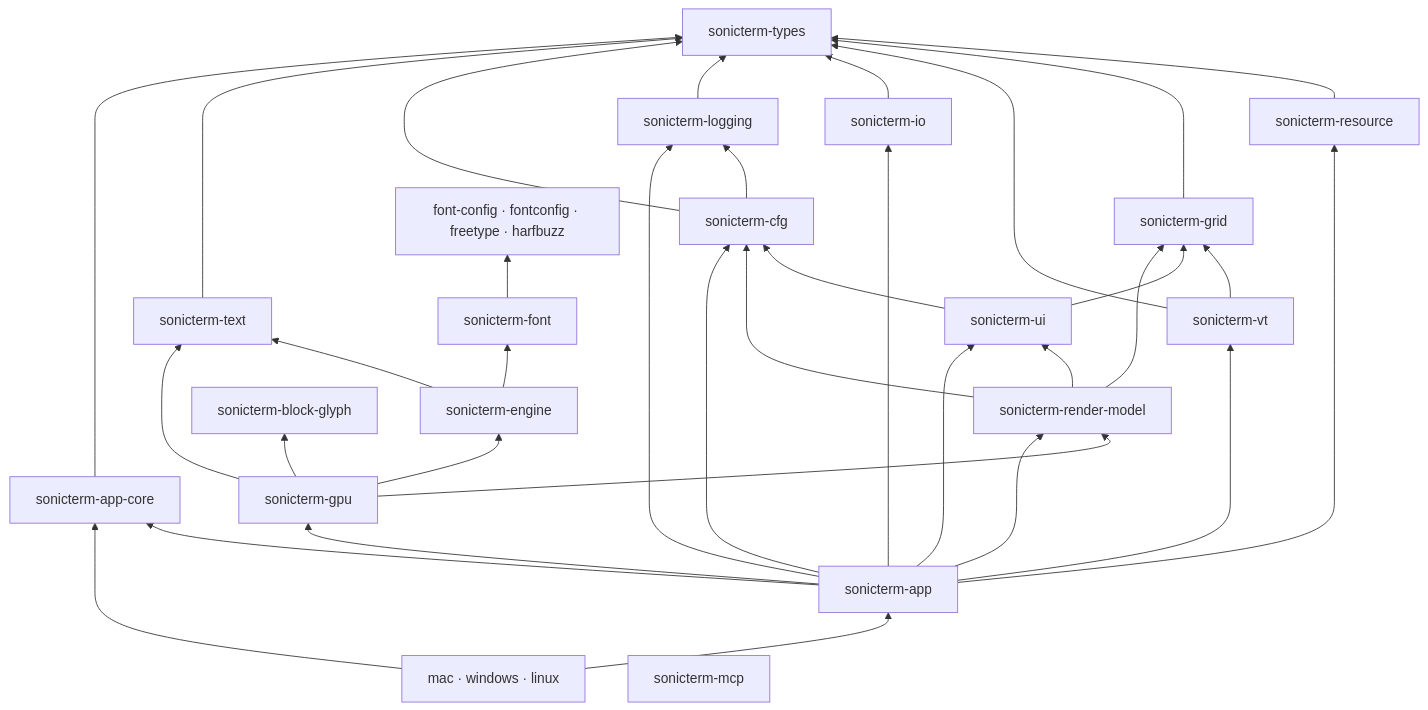
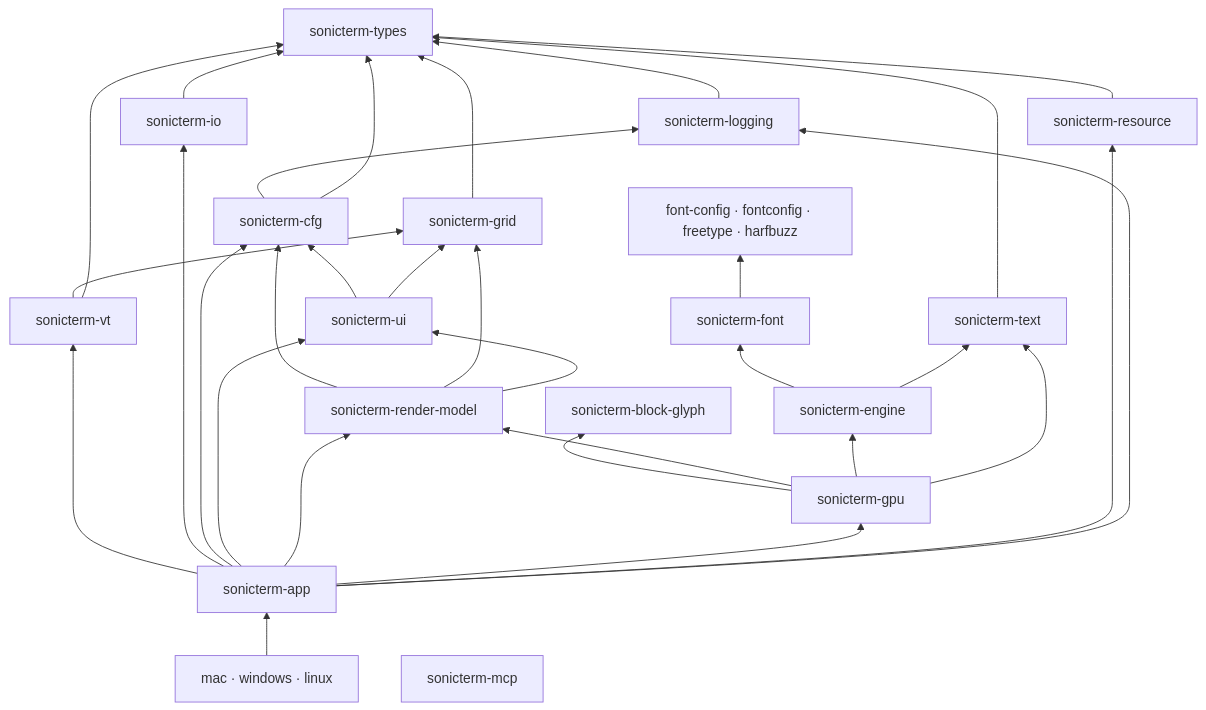
The diagram in wiki/Crate-Reference-zh-CN.md (D0n9X1n/SonicTerm), drawn with Mermaid before and after one commit. The commit also changed other lines of this file and 458 other files, not shown here.

First line of the commit message:
dev:mac: v1.5.3: remove the app-core reducer; OSC parity with WezTerm, Ghostty and kitty (#1944)

````diff
--- a/wiki/Crate-Reference-zh-CN.md
+++ b/wiki/Crate-Reference-zh-CN.md
@@ -22,56 +22,52 @@
 ```mermaid
 flowchart BT
     types["sonicterm-types"]
     resource["sonicterm-resource"]
     grid["sonicterm-grid"]
     vt["sonicterm-vt"]
     io["sonicterm-io"]
     logging["sonicterm-logging"]
     cfg["sonicterm-cfg"]
     text["sonicterm-text"]
     ui["sonicterm-ui"]
     model["sonicterm-render-model"]
     fontparts["font-config · fontconfig · freetype · harfbuzz"]
     font["sonicterm-font"]
     engine["sonicterm-engine"]
     block["sonicterm-block-glyph"]
     gpu["sonicterm-gpu"]
-    core["sonicterm-app-core"]
     app["sonicterm-app"]
     platforms["mac · windows · linux"]
     mcp["sonicterm-mcp"]
 
     resource --> types
     grid --> types
     vt --> grid
     vt --> types
     io --> types
     logging --> types
     cfg --> logging
     cfg --> types
     text --> types
     ui --> cfg
     ui --> grid
     model --> cfg
     model --> grid
     model --> ui
     font --> fontparts
     engine --> font
     engine --> text
     gpu --> block
     gpu --> model
     gpu --> engine
     gpu --> text
-    core --> types
-    app --> core
     app --> vt
     app --> io
     app --> cfg
     app --> ui
     app --> model
     app --> gpu
     app --> resource
     app --> logging
     platforms --> app
-    platforms --> core
 ```
````
